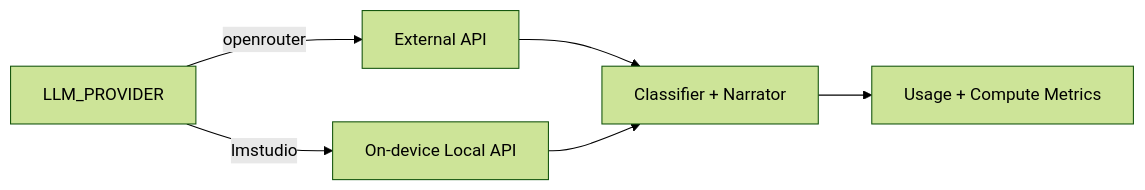
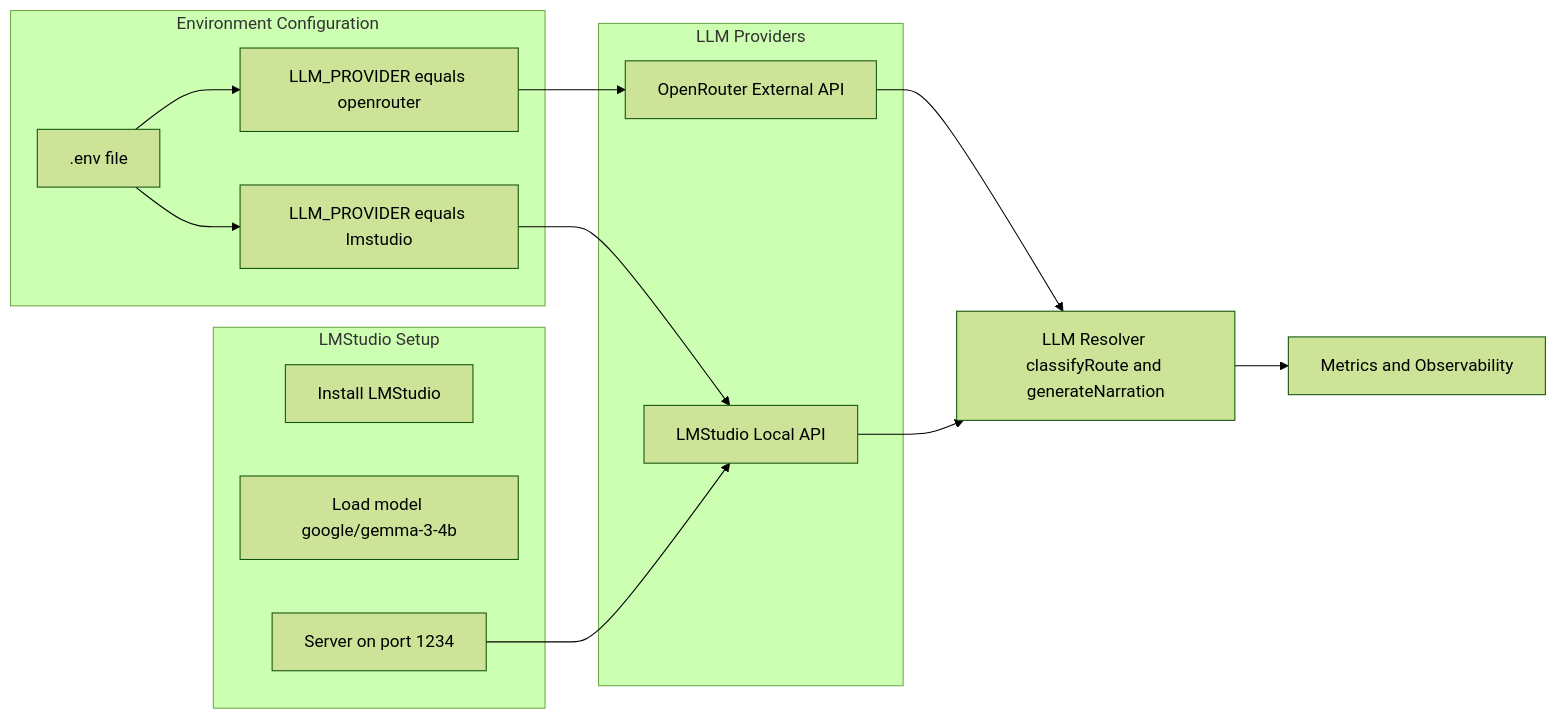
The fifth of 7 diagrams in docs/UI_MOCKUPS.md (aamir-nus/lumina-quest), drawn with Mermaid (forest theme) before and after one commit. The commit also changed other lines of this file and 2 other files, not shown here.

Commit message:
update -- update API docs and README

````diff
--- a/docs/UI_MOCKUPS.md
+++ b/docs/UI_MOCKUPS.md
@@ -32,8 +138,32 @@
 ```mermaid
 flowchart LR
-  A["LLM_PROVIDER"] -->|"openrouter"| B["External API"]
-  A -->|"lmstudio"| C["On-device Local API"]
-  B --> D["Classifier + Narrator"]
-  C --> D
-  D --> E["Usage + Compute Metrics"]
+    subgraph Providers ["LLM Providers"]
+        O["OpenRouter External API"]
+        L["LMStudio Local API"]
+    end
+
+    subgraph Config ["Environment Configuration"]
+        E1[".env file"]
+        E2["LLM_PROVIDER equals openrouter"]
+        E3["LLM_PROVIDER equals lmstudio"]
+    end
+
+    subgraph LM ["LMStudio Setup"]
+        LM1["Install LMStudio"]
+        LM2["Load model google/gemma-3-4b"]
+        LM3["Server on port 1234"]
+    end
+
+    E1 --> E2
+    E1 --> E3
+
+    E2 --> O
+    E3 --> L
+
+    LM3 --> L
+
+    O --> R["LLM Resolver classifyRoute and generateNarration"]
+    L --> R
+
+    R --> M["Metrics and Observability"]
 ```
````
